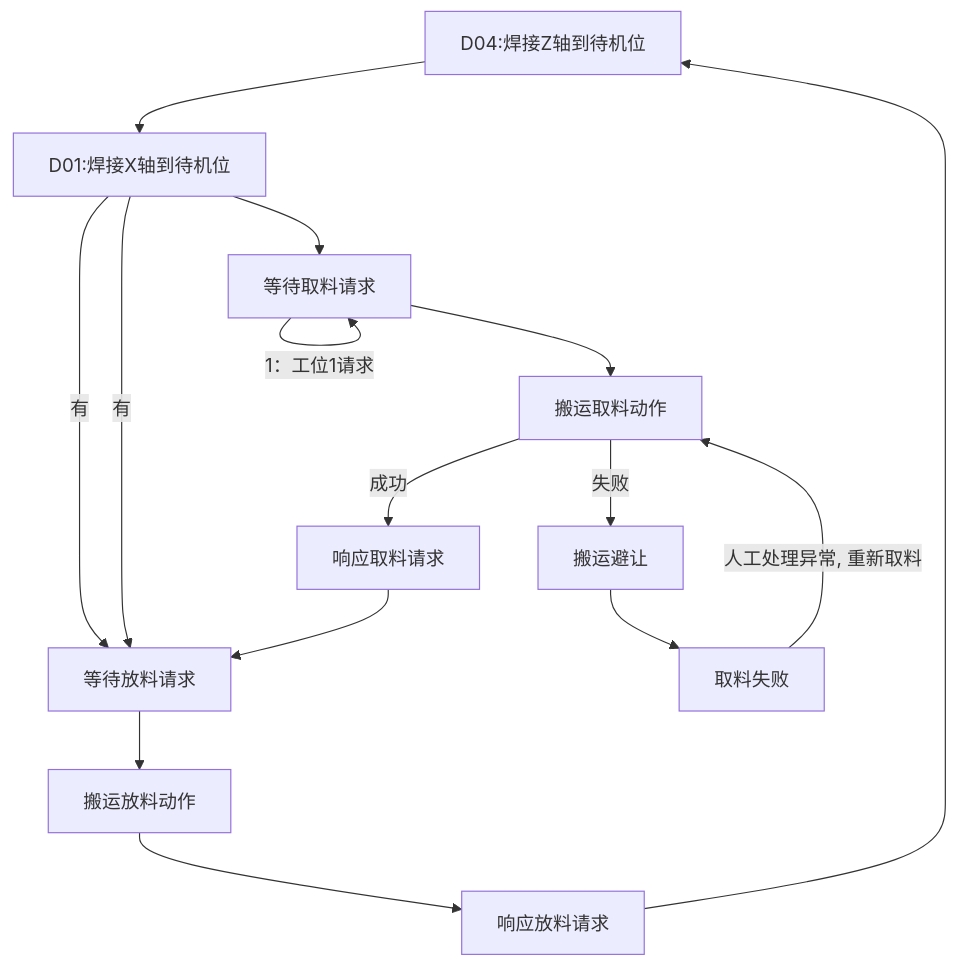
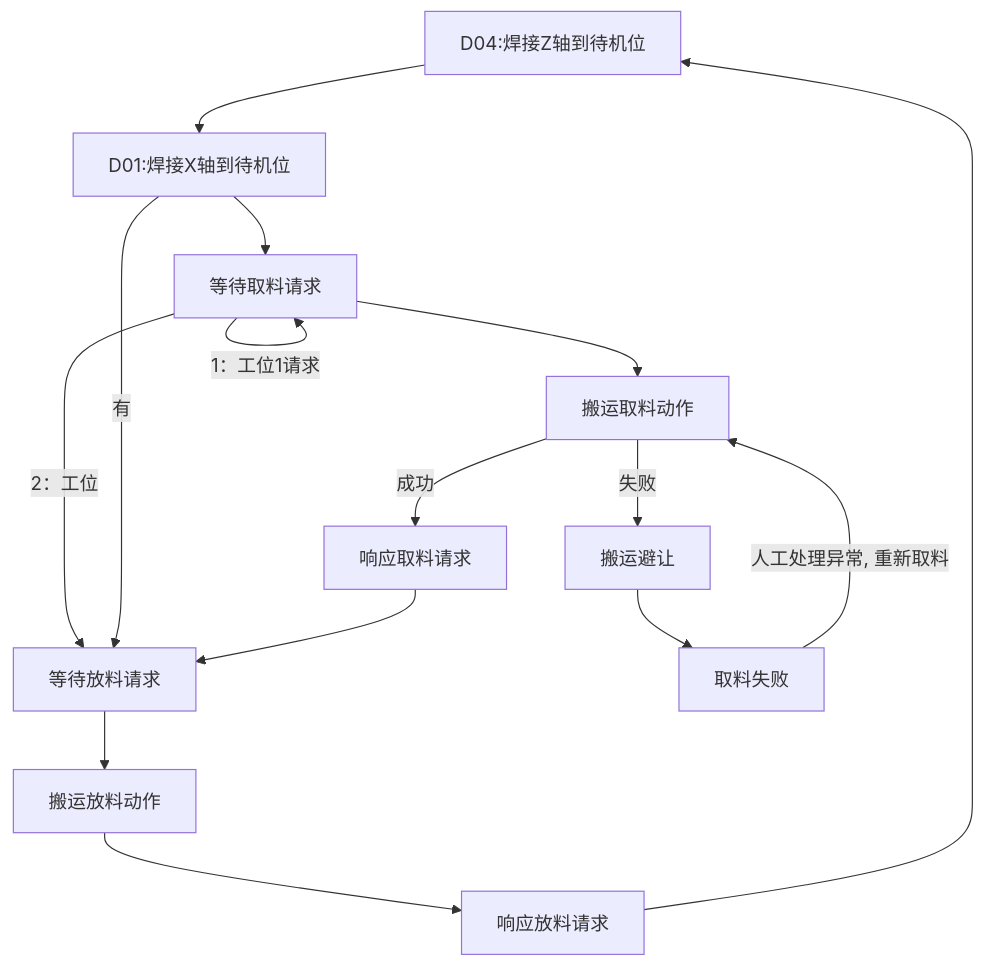
The diagram in all/OP10焊接工位自动流程.md (PengKun1/iodraw-files), drawn with Mermaid before and after one commit.

Commit message:
2024-08-06 16:53:44 update

````diff
--- a/all/OP10焊接工位自动流程.md
+++ b/all/OP10焊接工位自动流程.md
@@ -1,20 +1,20 @@
 ```mermaid
 graph TD
 10[D04:焊接Z轴到待机位]-->20
 20[D01:焊接X轴到待机位]-->30
 30{等待请求焊接信号}-->|1：工位1请求|30
-20-->|有|60
+30-->|2：工位|60
 
 20-->|有|60
 30[等待取料请求]-->40
 40[搬运取料动作]-->|成功|50
 40-->|失败|90
 50[响应取料请求]-->60
 60[等待放料请求]-->70
 70[搬运放料动作]-->80
 80[响应放料请求]-->10
 
 90[搬运避让]-->900
 
 900[取料失败]-->|人工处理异常, 重新取料|40
 ```
````
